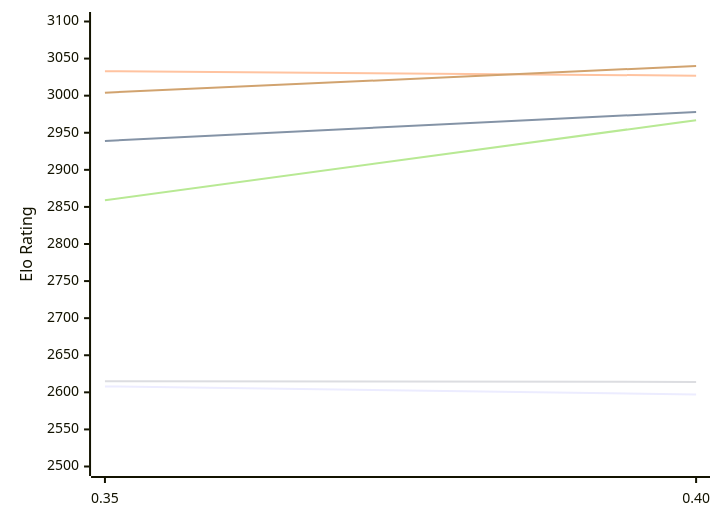
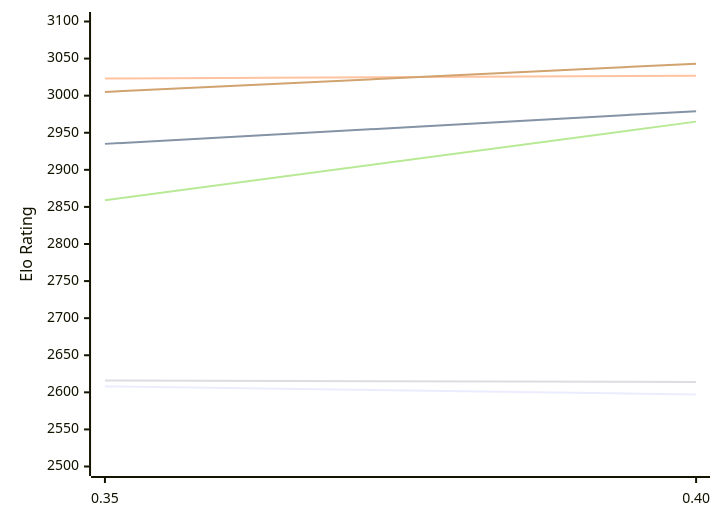
One commit to computer-chess-index/cci changed the first of 2 diagrams in engines/Gecko.md. Above: the diagram before and after it, drawn with Mermaid. The commit also changed other lines of this file, not shown here.

Commit message:
Update CCI Ratings (ELO VLTC) - 2026-11-28

````diff
--- a/engines/Gecko.md
+++ b/engines/Gecko.md
@@ -54,12 +54,12 @@
 ```mermaid
 %%{init: {"theme":"base","themeVariables":{"seriesColors:['#a3a3a3','#222221','#faa371']}}}%%
 xychart-beta
   x-axis ["0.35", "0.40"]
   y-axis "Elo Rating" 2500 --> 3100
   line "E1: STC (8.0+0.08s)" [2608, 2597]
-  line "E1: LTC (60.0+0.60s)" [2939, 2978]
-  line "E1: VLTC (2m24s+1.12s)" [3033, 3027]
-  line "P1: STC (8.0+0.08s)" [2615, 2614]
-  line "P1: LTC (60.0+0.60s)" [2859, 2967]
-  line "P1: VLTC (2m24s+1.12s)" [3004, 3040]
+  line "E1: LTC (60.0+0.60s)" [2935, 2979]
+  line "E1: VLTC (2m24s+1.12s)" [3023, 3027]
+  line "P1: STC (8.0+0.08s)" [2616, 2614]
+  line "P1: LTC (60.0+0.60s)" [2859, 2965]
+  line "P1: VLTC (2m24s+1.12s)" [3005, 3043]
 ```
````
